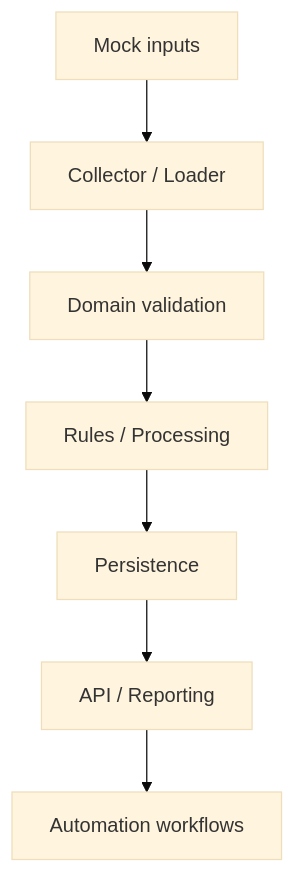
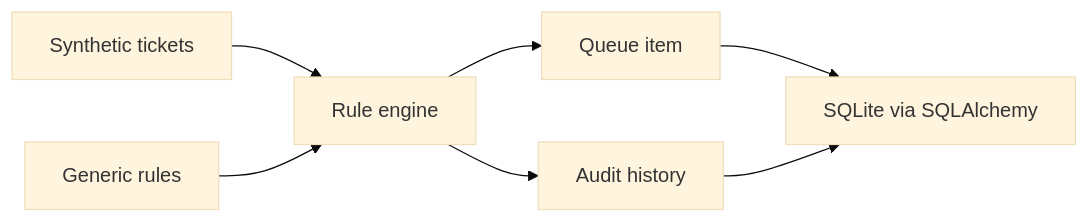
The diagram in docs/architecture.md (guilherme-lacerda-tech/python-support-automation-simulator), drawn with Mermaid (base theme) before and after one commit. The commit also changed other lines of this file and 9 other files, not shown here.

Commit message:
feat: add SQLAlchemy audit trail

````diff
--- a/docs/architecture.md
+++ b/docs/architecture.md
@@ -22,9 +9,9 @@
-    ```mermaid
-    flowchart TB
-        A["Mock inputs"] --> B["Collector / Loader"]
-        B --> C["Domain validation"]
-        C --> D["Rules / Processing"]
-        D --> E["Persistence"]
-        E --> F["API / Reporting"]
-        F --> G["Automation workflows"]
-    ```
+```mermaid
+flowchart LR
+    Tickets["Synthetic tickets"] --> Engine["Rule engine"]
+    Rules["Generic rules"] --> Engine
+    Engine --> Queue["Queue item"]
+    Engine --> History["Audit history"]
+    Queue --> SQLite["SQLite via SQLAlchemy"]
+    History --> SQLite
+```
````
